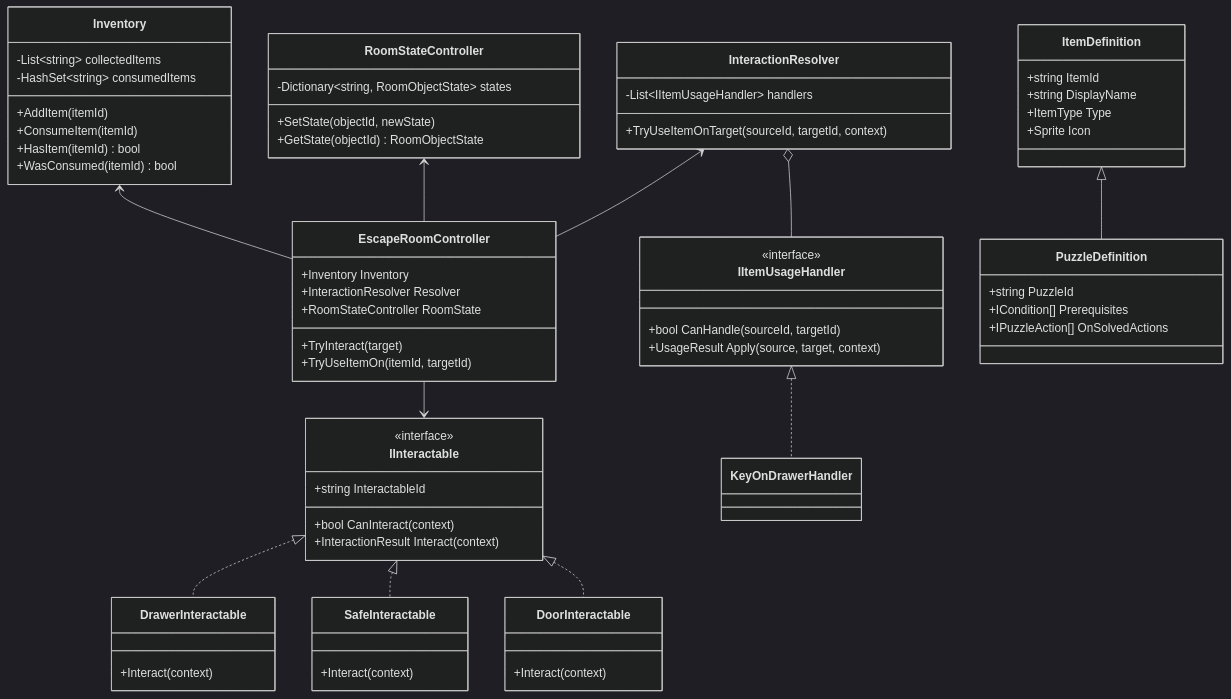
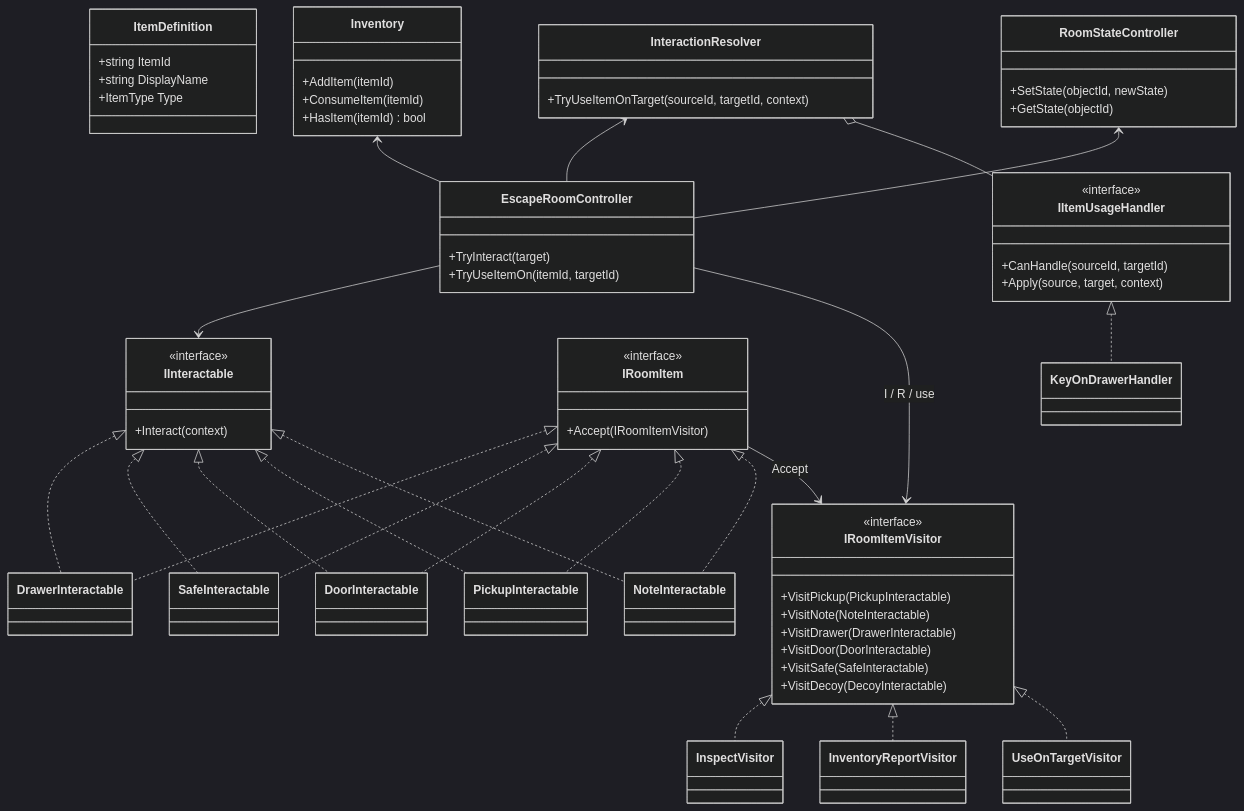
The first of 4 diagrams in Docs/Part3_EscapeRoom/Architecture.md (Fox26601/Design_patherns_final), drawn with Mermaid (dark theme) before and after one commit. The commit also changed other lines of this file and 40 other files, not shown here.

First line of the commit message:
Add Visitor into Escape Room and drop unused Unseen demo.

````diff
--- a/Docs/Part3_EscapeRoom/Architecture.md
+++ b/Docs/Part3_EscapeRoom/Architecture.md
@@ -65,76 +71,83 @@
         +string ItemId
         +string DisplayName
         +ItemType Type
-        +Sprite Icon
     }
 
     class Inventory {
-        -List~string~ collectedItems
-        -HashSet~string~ consumedItems
         +AddItem(itemId)
         +ConsumeItem(itemId)
         +HasItem(itemId) bool
-        +WasConsumed(itemId) bool
     }
 
     class IInteractable {
         <<interface>>
-        +string InteractableId
-        +bool CanInteract(context)
-        +InteractionResult Interact(context)
+        +Interact(context)
     }
 
     class IItemUsageHandler {
         <<interface>>
-        +bool CanHandle(sourceId, targetId)
-        +UsageResult Apply(source, target, context)
+        +CanHandle(sourceId, targetId)
+        +Apply(source, target, context)
     }
 
     class InteractionResolver {
-        -List~IItemUsageHandler~ handlers
         +TryUseItemOnTarget(sourceId, targetId, context)
     }
 
-    class PuzzleDefinition {
-        +string PuzzleId
-        +ICondition[] Prerequisites
-        +IPuzzleAction[] OnSolvedActions
-    }
-
     class RoomStateController {
-        -Dictionary~string, RoomObjectState~ states
         +SetState(objectId, newState)
-        +GetState(objectId) RoomObjectState
+        +GetState(objectId)
     }
 
     class EscapeRoomController {
-        +Inventory Inventory
-        +InteractionResolver Resolver
-        +RoomStateController RoomState
         +TryInteract(target)
         +TryUseItemOn(itemId, targetId)
     }
 
-    class DrawerInteractable {
-        +Interact(context)
+    class IRoomItem {
+        <<interface>>
+        +Accept(IRoomItemVisitor)
     }
 
-    class SafeInteractable {
-        +Interact(context)
+    class IRoomItemVisitor {
+        <<interface>>
+        +VisitPickup(PickupInteractable)
+        +VisitNote(NoteInteractable)
+        +VisitDrawer(DrawerInteractable)
+        +VisitDoor(DoorInteractable)
+        +VisitSafe(SafeInteractable)
+        +VisitDecoy(DecoyInteractable)
     }
 
-    class DoorInteractable {
-        +Interact(context)
-    }
+    class InspectVisitor
+    class InventoryReportVisitor
+    class UseOnTargetVisitor
 
-    ItemDefinition <|-- PuzzleDefinition
+    class DrawerInteractable
+    class SafeInteractable
+    class DoorInteractable
+    class PickupInteractable
+    class NoteInteractable
+
     Inventory <-- EscapeRoomController
     InteractionResolver <-- EscapeRoomController
     RoomStateController <-- EscapeRoomController
     IInteractable <|.. DrawerInteractable
     IInteractable <|.. SafeInteractable
     IInteractable <|.. DoorInteractable
+    IInteractable <|.. PickupInteractable
+    IInteractable <|.. NoteInteractable
+    IRoomItem <|.. DrawerInteractable
+    IRoomItem <|.. SafeInteractable
+    IRoomItem <|.. DoorInteractable
+    IRoomItem <|.. PickupInteractable
+    IRoomItem <|.. NoteInteractable
     IItemUsageHandler <|.. KeyOnDrawerHandler
     InteractionResolver o-- IItemUsageHandler
     EscapeRoomController --> IInteractable
+    IRoomItemVisitor <|.. InspectVisitor
+    IRoomItemVisitor <|.. InventoryReportVisitor
+    IRoomItemVisitor <|.. UseOnTargetVisitor
+    IRoomItem --> IRoomItemVisitor : Accept
+    EscapeRoomController --> IRoomItemVisitor : I / R / use
 ```
````
